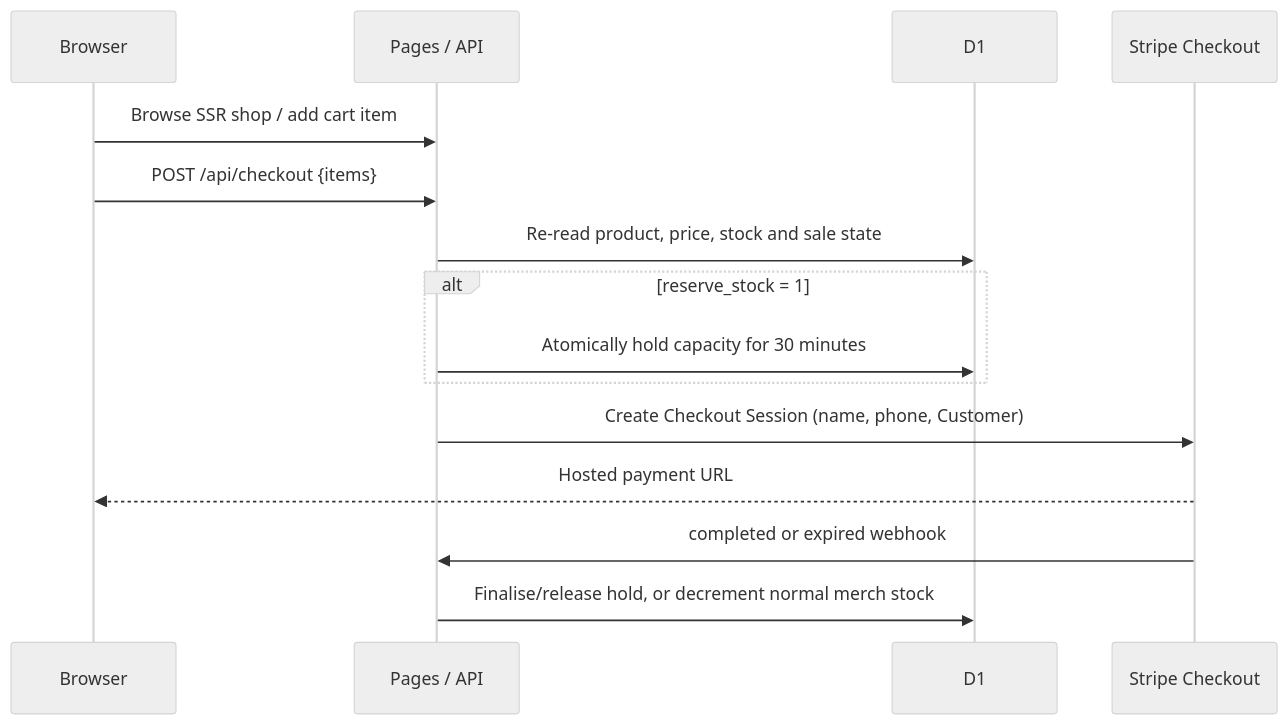
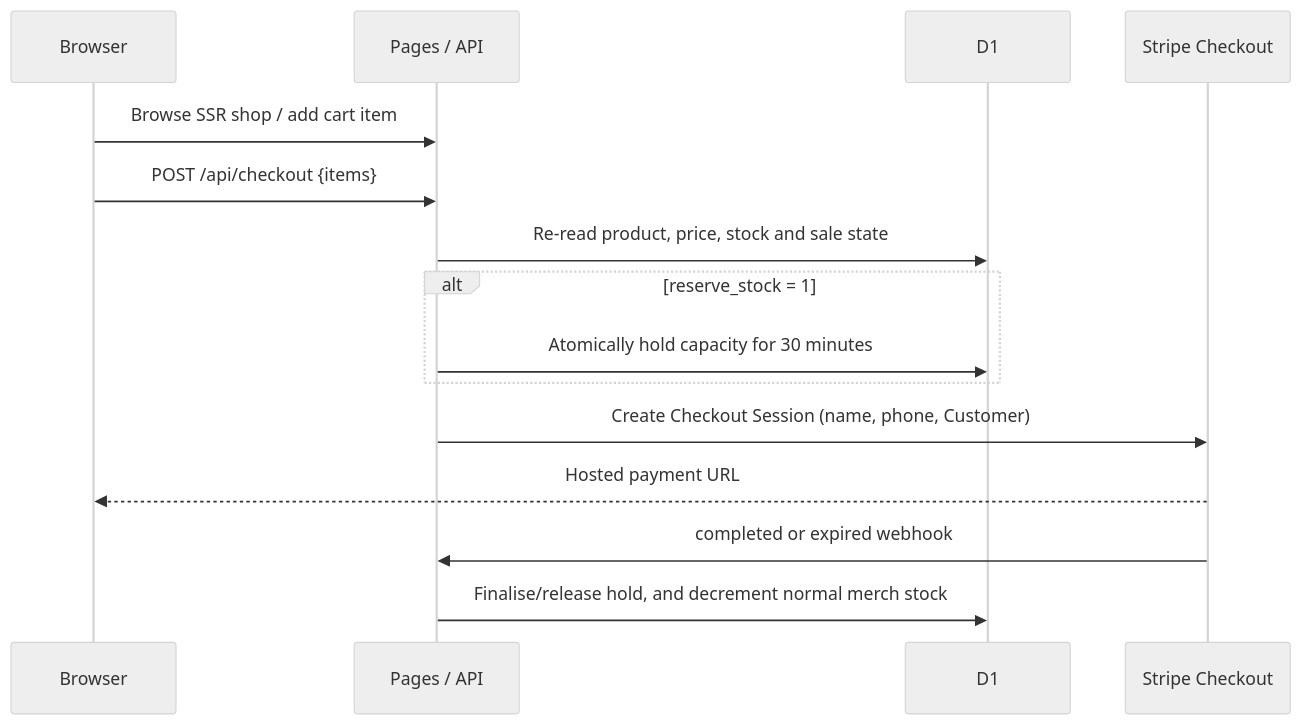
Before and after one commit to jusa-a/juoksut: the diagram in docs/architecture.md, drawn with Mermaid (neutral theme). The commit also changed other lines of this file and 4 other files, not shown here.

First line of the commit message:
Webhook: honour late payments, decrement merch beside a held place, read every line item

````diff
--- a/docs/architecture.md
+++ b/docs/architecture.md
@@ -56,18 +56,18 @@
 ```mermaid
 sequenceDiagram
   participant B as Browser
   participant A as Pages / API
   participant D as D1
   participant S as Stripe Checkout
 
   B->>A: Browse SSR shop / add cart item
   B->>A: POST /api/checkout {items}
   A->>D: Re-read product, price, stock and sale state
   alt reserve_stock = 1
     A->>D: Atomically hold capacity for 30 minutes
   end
   A->>S: Create Checkout Session (name, phone, Customer)
   S-->>B: Hosted payment URL
   S->>A: completed or expired webhook
-  A->>D: Finalise/release hold, or decrement normal merch stock
+  A->>D: Finalise/release hold, and decrement normal merch stock
 ```
````
